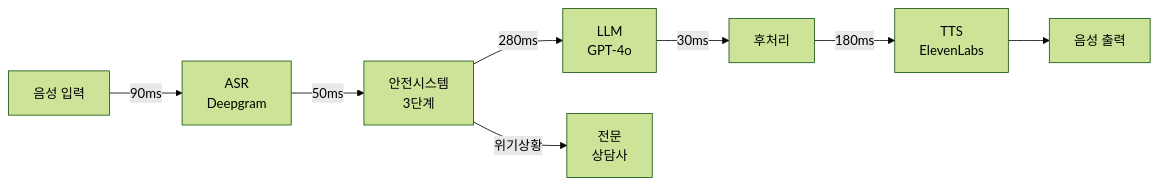
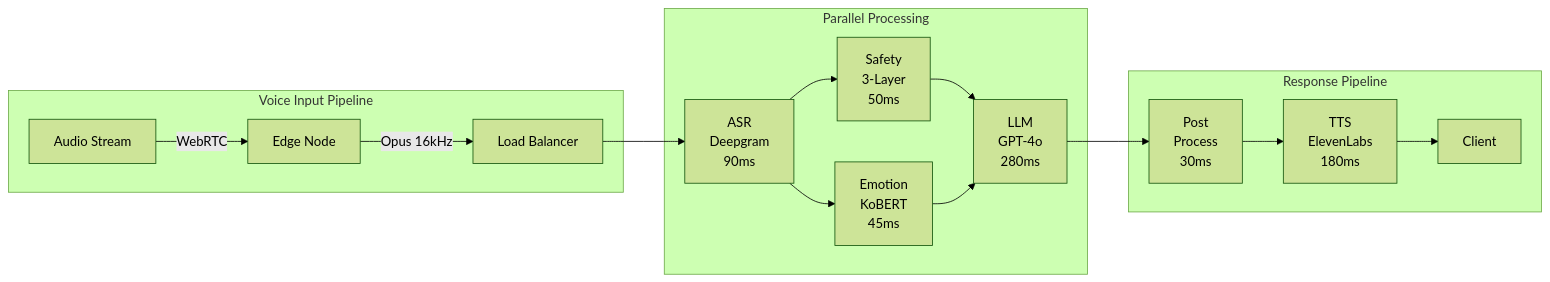
Before and after one commit to genius8267/AI-_Intune-Care: the diagram in README.md, drawn with Mermaid (forest theme). The commit also changed other lines of this file and 1 other file, not shown here.

````diff
--- a/README.md
+++ b/README.md
@@ -75,11 +54,21 @@
 ```mermaid
 graph LR
-    A[음성 입력] -->|90ms| B[ASR<br/>Deepgram]
-    B -->|50ms| C[안전시스템<br/>3단계]
-    C -->|280ms| D[LLM<br/>GPT-4o]
-    D -->|30ms| E[후처리]
-    E -->|180ms| F[TTS<br/>ElevenLabs]
-    F --> G[음성 출력]
+    subgraph "Voice Input Pipeline"
+        A[Audio Stream] -->|WebRTC| B[Edge Node]
+        B -->|Opus 16kHz| C[Load Balancer]
+    end
     
-    C -->|위기상황| H[전문<br/>상담사]
+    subgraph "Parallel Processing"
+        C --> D[ASR<br/>Deepgram<br/>90ms]
+        D --> E[Safety<br/>3-Layer<br/>50ms]
+        D --> F[Emotion<br/>KoBERT<br/>45ms]
+        E --> G[LLM<br/>GPT-4o<br/>280ms]
+        F --> G
+    end
+    
+    subgraph "Response Pipeline"
+        G --> H[Post<br/>Process<br/>30ms]
+        H --> I[TTS<br/>ElevenLabs<br/>180ms]
+        I --> J[Client]
+    end
 ```
````
